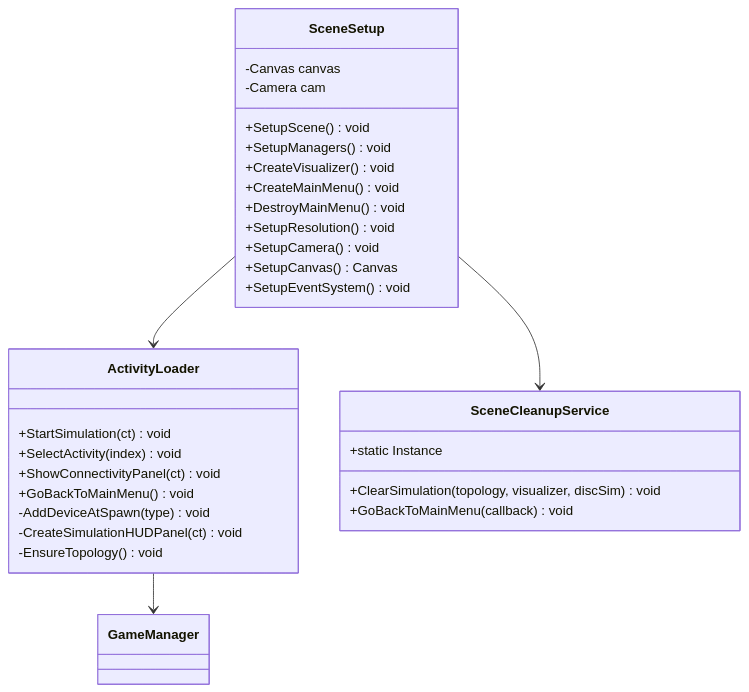
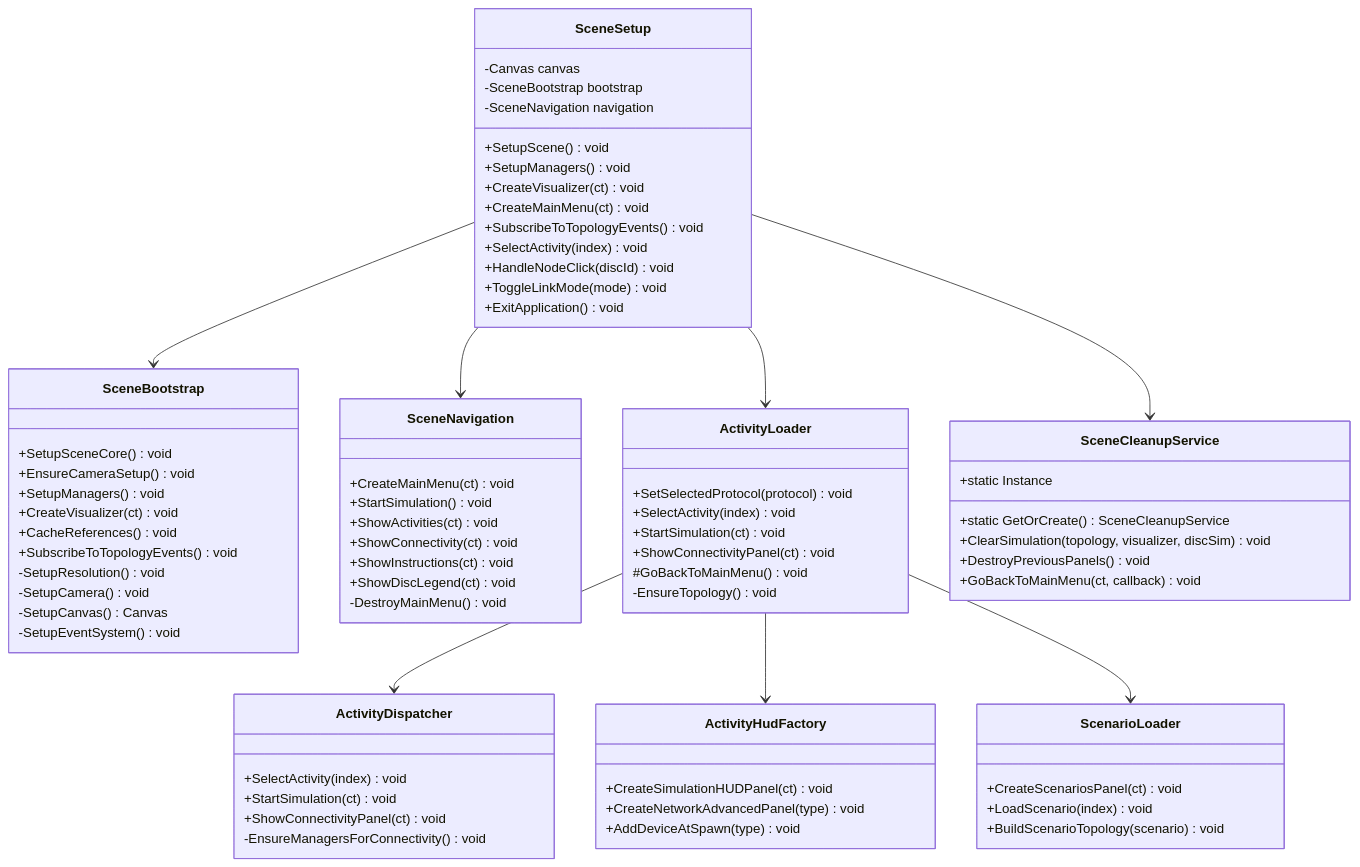
The first of 4 diagrams in docs/diagrams/mermaid/04-class-simulation.md (Josmarinr/ProyectoGI_SimuladorRedesIDEUM), drawn with Mermaid before and after one commit. The commit also changed other lines of this file and 28 other files, not shown here.

````diff
--- a/docs/diagrams/mermaid/04-class-simulation.md
+++ b/docs/diagrams/mermaid/04-class-simulation.md
@@ -11,38 +11,83 @@
 classDiagram
     class SceneSetup {
         -Canvas canvas
-        -Camera cam
+        -SceneBootstrap bootstrap
+        -SceneNavigation navigation
         +SetupScene() void
         +SetupManagers() void
-        +CreateVisualizer() void
-        +CreateMainMenu() void
-        +DestroyMainMenu() void
-        +SetupResolution() void
-        +SetupCamera() void
-        +SetupCanvas() Canvas
-        +SetupEventSystem() void
+        +CreateVisualizer(ct) void
+        +CreateMainMenu(ct) void
+        +SubscribeToTopologyEvents() void
+        +SelectActivity(index) void
+        +HandleNodeClick(discId) void
+        +ToggleLinkMode(mode) void
+        +ExitApplication() void
+    }
+
+    class SceneBootstrap {
+        +SetupSceneCore() void
+        +EnsureCameraSetup() void
+        +SetupManagers() void
+        +CreateVisualizer(ct) void
+        +CacheReferences() void
+        +SubscribeToTopologyEvents() void
+        -SetupResolution() void
+        -SetupCamera() void
+        -SetupCanvas() Canvas
+        -SetupEventSystem() void
+    }
+
+    class SceneNavigation {
+        +CreateMainMenu(ct) void
+        +StartSimulation() void
+        +ShowActivities(ct) void
+        +ShowConnectivity(ct) void
+        +ShowInstructions(ct) void
+        +ShowDiscLegend(ct) void
+        -DestroyMainMenu() void
     }
 
     class ActivityLoader {
+        +SetSelectedProtocol(protocol) void
+        +SelectActivity(index) void
         +StartSimulation(ct) void
+        +ShowConnectivityPanel(ct) void
+        #GoBackToMainMenu() void
+        -EnsureTopology() void
+    }
+
+    class ActivityDispatcher {
         +SelectActivity(index) void
+        +StartSimulation(ct) void
         +ShowConnectivityPanel(ct) void
-        +GoBackToMainMenu() void
-        -AddDeviceAtSpawn(type) void
-        -CreateSimulationHUDPanel(ct) void
-        -EnsureTopology() void
+        -EnsureManagersForConnectivity() void
+    }
+
+    class ActivityHudFactory {
+        +CreateSimulationHUDPanel(ct) void
+        +CreateNetworkAdvancedPanel(type) void
+        +AddDeviceAtSpawn(type) void
+    }
+
+    class ScenarioLoader {
+        +CreateScenariosPanel(ct) void
+        +LoadScenario(index) void
+        +BuildScenarioTopology(scenario) void
     }
 
     class SceneCleanupService {
         +static Instance
+        +static GetOrCreate() SceneCleanupService
         +ClearSimulation(topology, visualizer, discSim) void
-        +GoBackToMainMenu(callback) void
+        +DestroyPreviousPanels() void
+        +GoBackToMainMenu(ct, callback) void
     }
 
-    class GameManager {
-    }
-
+    SceneSetup --> SceneBootstrap
+    SceneSetup --> SceneNavigation
     SceneSetup --> ActivityLoader
     SceneSetup --> SceneCleanupService
-    ActivityLoader --> GameManager
+    ActivityLoader --> ActivityDispatcher
+    ActivityLoader --> ActivityHudFactory
+    ActivityLoader --> ScenarioLoader
 ```
````
